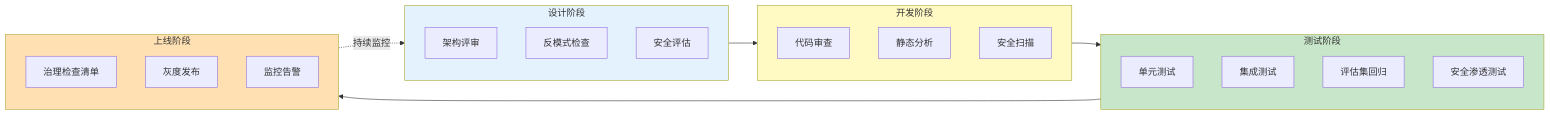
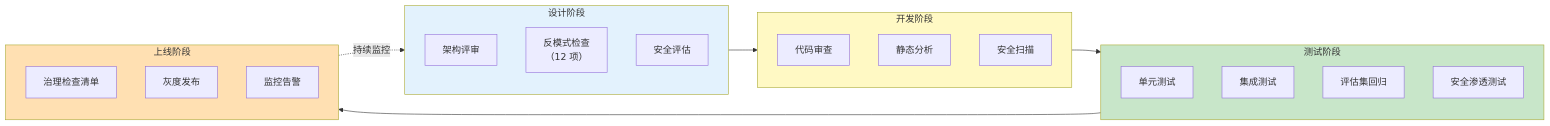
Before and after one commit to UranusGit/java-agent-learn: diagram 15 of 16 in docs/教程/40-Agent架构反模式与避坑指南.md, drawn with Mermaid. The commit also changed other lines of this file and 19 other files, not shown here.

````diff
--- a/docs/教程/40-Agent架构反模式与避坑指南.md
+++ b/docs/教程/40-Agent架构反模式与避坑指南.md
@@ -1064,35 +1511,35 @@
 ```mermaid
 graph LR
     subgraph 设计阶段["设计阶段"]
         D1["架构评审"]
-        D2["反模式检查"]
+        D2["反模式检查<br/>（12 项）"]
         D3["安全评估"]
     end
 
     subgraph 开发阶段["开发阶段"]
         DEV1["代码审查"]
         DEV2["静态分析"]
         DEV3["安全扫描"]
     end
 
     subgraph 测试阶段["测试阶段"]
         T1["单元测试"]
         T2["集成测试"]
         T3["评估集回归"]
         T4["安全渗透测试"]
     end
 
     subgraph 上线阶段["上线阶段"]
         O1["治理检查清单"]
         O2["灰度发布"]
         O3["监控告警"]
     end
 
     设计阶段 --> 开发阶段 --> 测试阶段 --> 上线阶段
     上线阶段 -.->|"持续监控"| 设计阶段
 
     style 设计阶段 fill:#e3f2fd
     style 开发阶段 fill:#fff9c4
     style 测试阶段 fill:#c8e6c9
     style 上线阶段 fill:#ffe0b2
 ```
````
